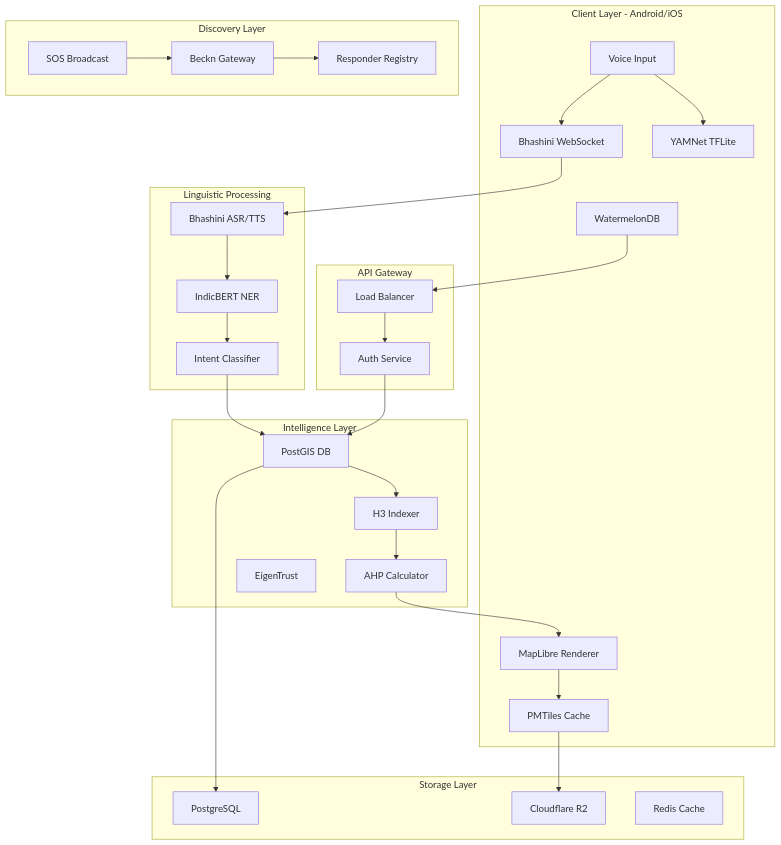
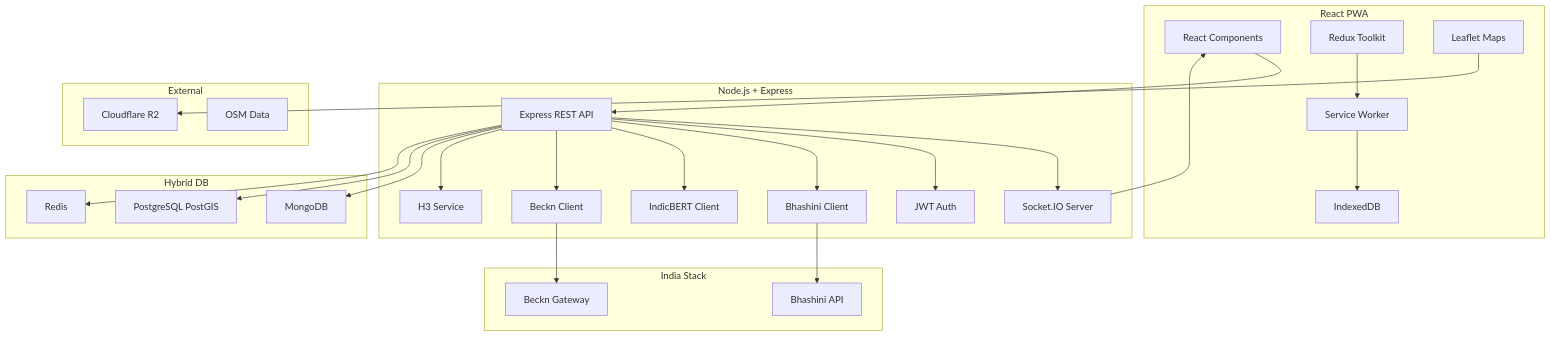
One commit to anshurajbisoyi98-ctrl/AI_For_Bharat changed the diagram in .kiro/specs/marg-mitra-civic-neural-grid/design.md. Above: the diagram before and after it, drawn with Mermaid. The commit also changed other lines of this file and 1 other file, not shown here.

Commit message:
fix: resolve mermaid diagram parse error

````diff
--- a/.kiro/specs/marg-mitra-civic-neural-grid/design.md
+++ b/.kiro/specs/marg-mitra-civic-neural-grid/design.md
@@ -20,59 +33,53 @@
 ```mermaid
 flowchart TB
-    subgraph Client["Client Layer - Android/iOS"]
-        A[Voice Input]
-        B[Bhashini WebSocket]
-        C[YAMNet TFLite]
-        D[MapLibre Renderer]
-        E[PMTiles Cache]
-        F[WatermelonDB]
+    subgraph Frontend["React PWA"]
+        A[React Components]
+        B[Redux Toolkit]
+        C[Service Worker]
+        D[IndexedDB]
+        E[Leaflet Maps]
     end
     
-    subgraph Gateway["API Gateway"]
-        G[Load Balancer]
-        H[Auth Service]
+    subgraph Backend["Node.js + Express"]
+        F[Express REST API]
+        G[Socket.IO Server]
+        H[JWT Auth]
+        I[Bhashini Client]
+        J[IndicBERT Client]
+        K[Beckn Client]
+        L[H3 Service]
     end
     
-    subgraph Linguistic["Linguistic Processing"]
-        I[Bhashini ASR/TTS]
-        J[IndicBERT NER]
-        K[Intent Classifier]
+    subgraph Databases["Hybrid DB"]
+        M[MongoDB]
+        N[PostgreSQL PostGIS]
+        O[Redis]
     end
     
-    subgraph Intelligence["Intelligence Layer"]
-        L[PostGIS DB]
-        M[H3 Indexer]
-        N[AHP Calculator]
-        O[EigenTrust]
+    subgraph IndiaStack["India Stack"]
+        P[Bhashini API]
+        Q[Beckn Gateway]
     end
     
-    subgraph Discovery["Discovery Layer"]
-        P[Beckn Gateway]
-        Q[Responder Registry]
-        R[SOS Broadcast]
+    subgraph External["External"]
+        R[Cloudflare R2]
+        S[OSM Data]
     end
     
-    subgraph Storage["Storage Layer"]
-        S[PostgreSQL]
-        T[Cloudflare R2]
-        U[Redis Cache]
-    end
-    
-    A --> B
-    A --> C
-    B --> I
-    I --> J
-    J --> K
-    K --> L
-    L --> M
-    M --> N
-    N --> D
-    D --> E
-    E --> T
+    A --> F
+    B --> C
+    C --> D
+    E --> R
     F --> G
-    G --> H
-    H --> L
-    L --> S
-    R --> P
-    P --> Q
+    F --> H
+    F --> I
+    F --> J
+    F --> K
+    F --> L
+    I --> P
+    K --> Q
+    F --> M
+    F --> N
+    F --> O
+    G --> A
 ```
````
